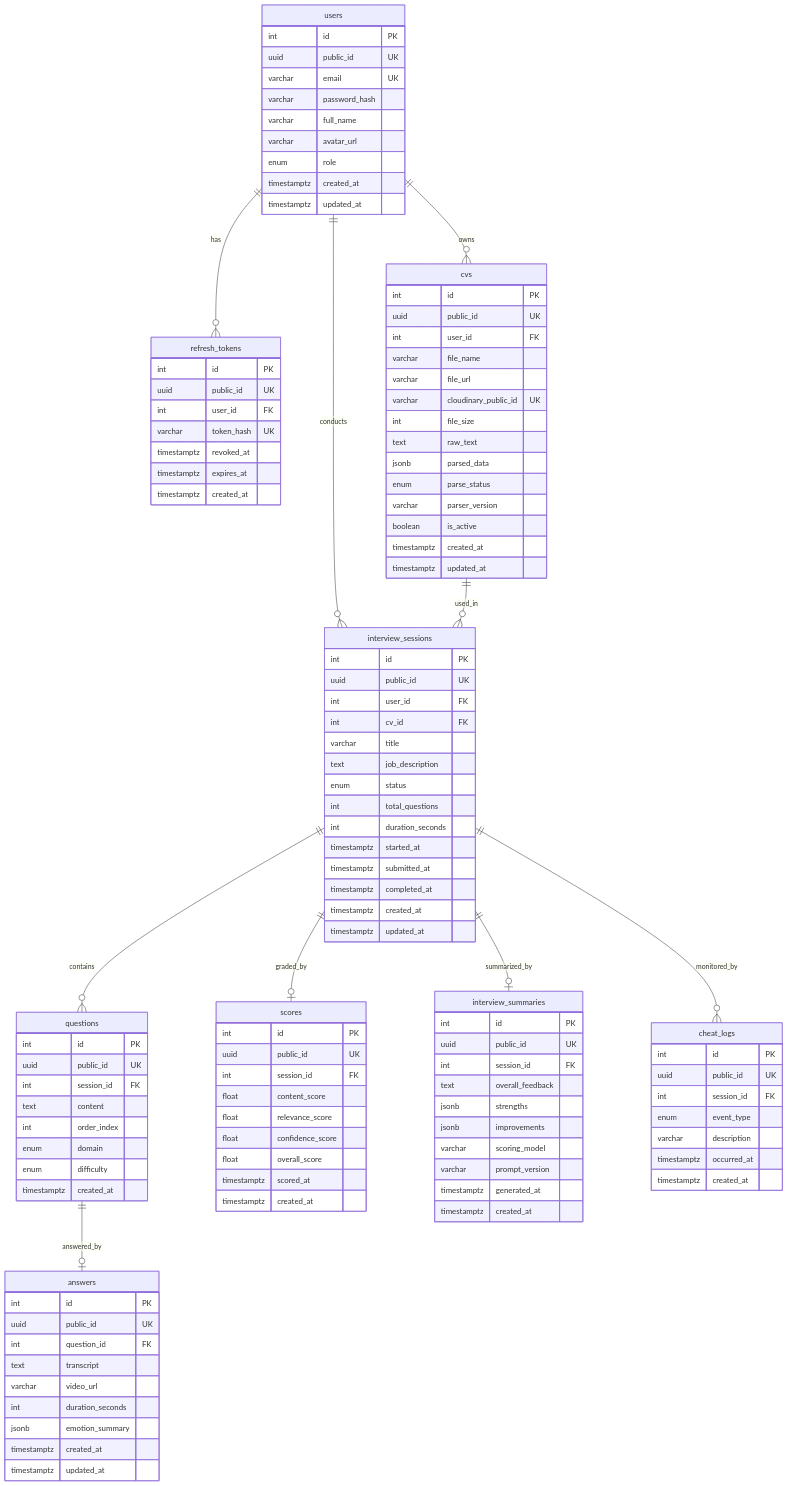
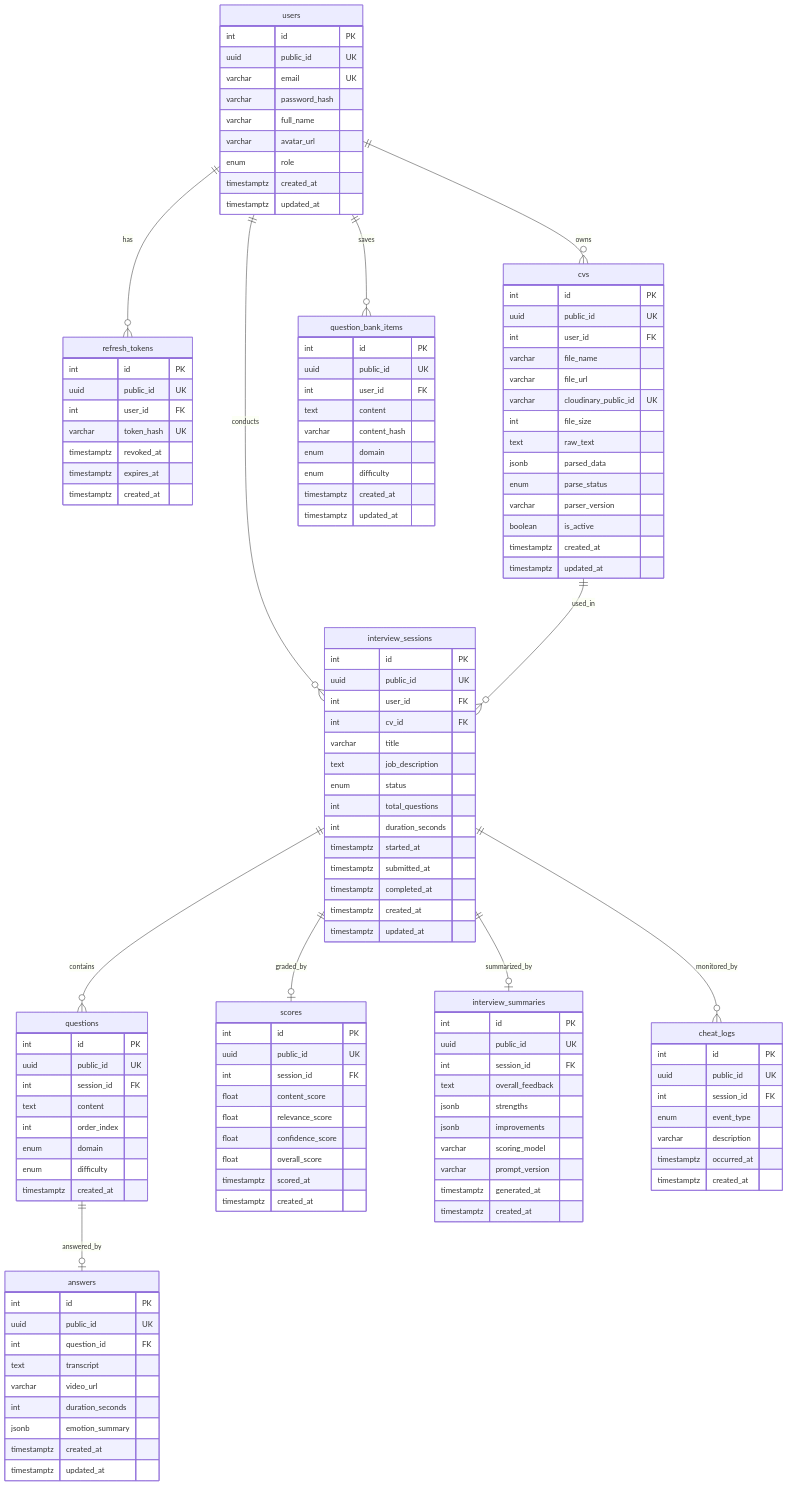
One commit to hoanghaoz/SE347-InterviewIQ-Backend changed the diagram in docs/database-schema.md. Above: the diagram before and after it, drawn with Mermaid. The commit also changed other lines of this file and 17 other files, not shown here.

First line of the commit message:
feat(question-bank): add the question bank table and list endpoint

````diff
--- a/docs/database-schema.md
+++ b/docs/database-schema.md
@@ -32,6 +32,7 @@
     users ||--o{ refresh_tokens : "has"
     users ||--o{ cvs : "owns"
     users ||--o{ interview_sessions : "conducts"
+    users ||--o{ question_bank_items : "saves"
     cvs ||--o{ interview_sessions : "used_in"
     interview_sessions ||--o{ questions : "contains"
     interview_sessions ||--o| scores : "graded_by"
@@ -152,4 +153,16 @@
         timestamptz occurred_at
         timestamptz created_at
     }
+
+    question_bank_items {
+        int id PK
+        uuid public_id UK
+        int user_id FK
+        text content
+        varchar content_hash
+        enum domain
+        enum difficulty
+        timestamptz created_at
+        timestamptz updated_at
+    }
 ```
````
